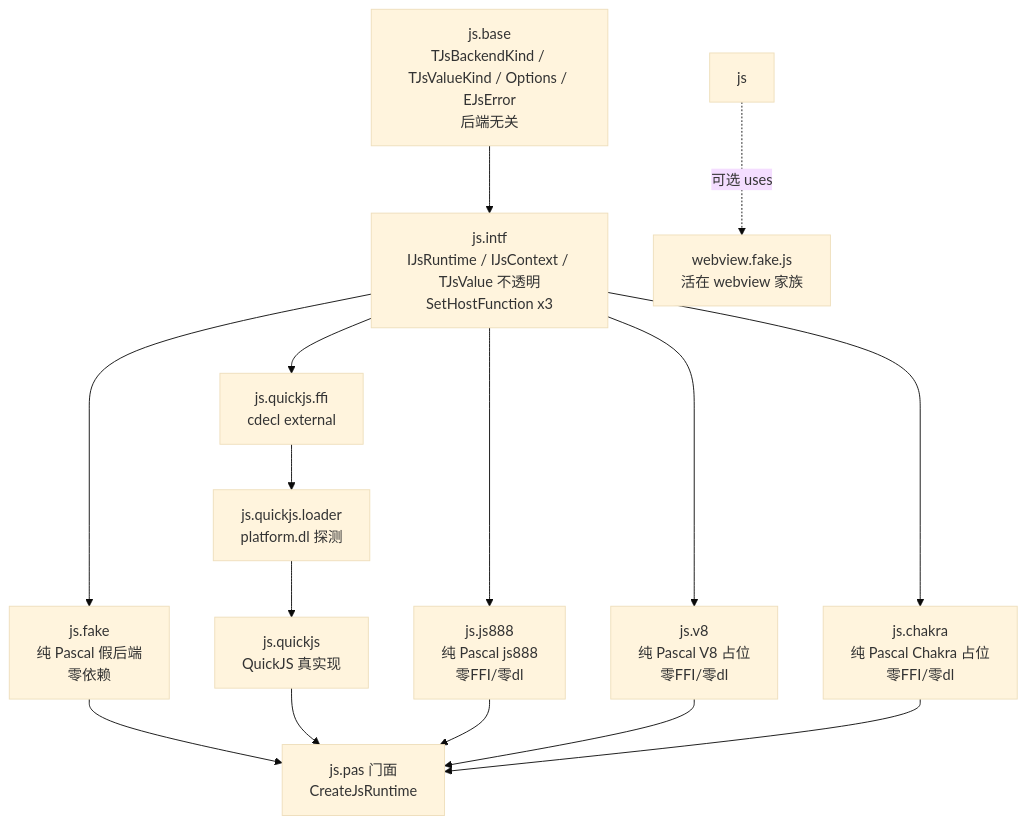
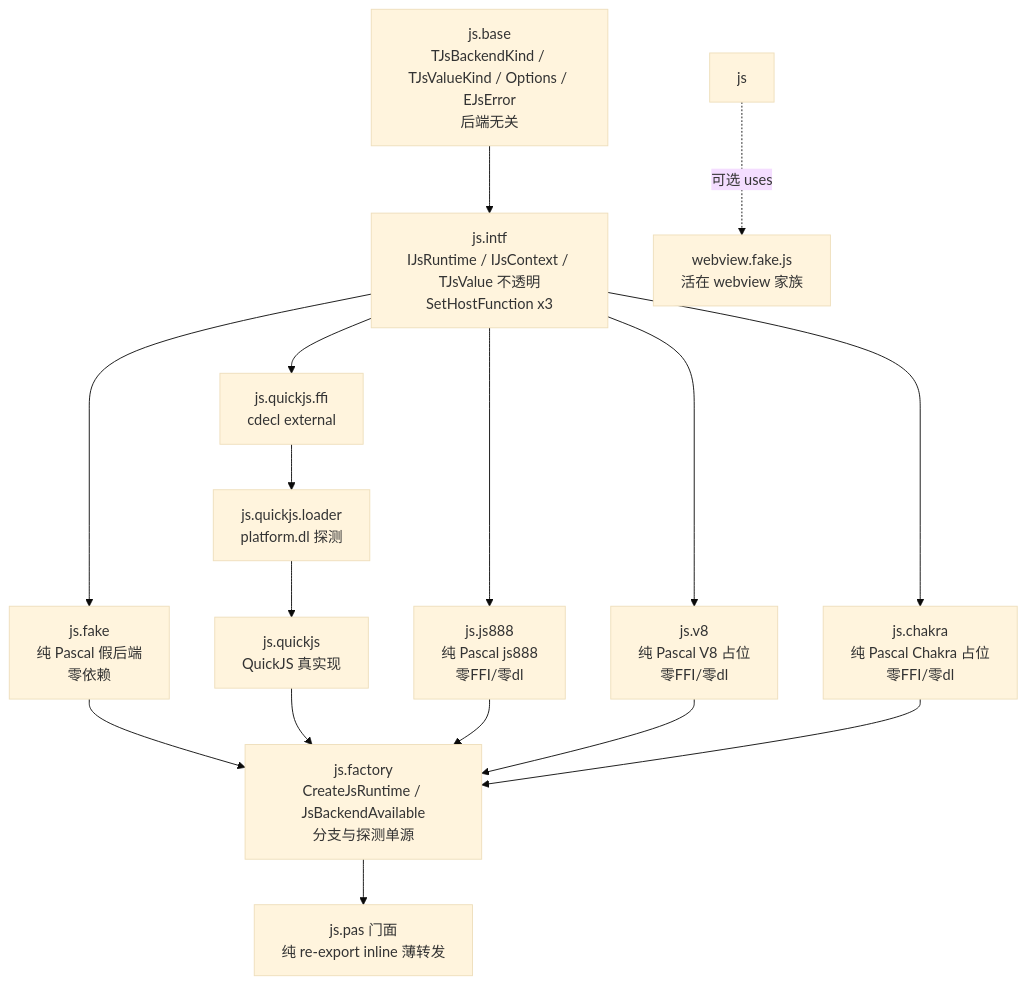
Before and after one commit to dtamade/nextPas: the diagram in core/docs/js/DESIGN.md, drawn with Mermaid (base theme). The commit also changed other lines of this file and 10 other files, not shown here.

````diff
--- a/core/docs/js/DESIGN.md
+++ b/core/docs/js/DESIGN.md
@@ -9,19 +9,20 @@
 ```mermaid
 flowchart TB
   base["js.base<br/>TJsBackendKind / TJsValueKind / Options / EJsError<br/>后端无关"]
   intf["js.intf<br/>IJsRuntime / IJsContext / TJsValue 不透明<br/>SetHostFunction x3"]
   fake["js.fake<br/>纯 Pascal 假后端<br/>零依赖"]
   ffi["js.quickjs.ffi<br/>cdecl external"]
   loader["js.quickjs.loader<br/>platform.dl 探测"]
   impl["js.quickjs<br/>QuickJS 真实现"]
   pure["js.js888<br/>纯 Pascal js888<br/>零FFI/零dl"]
   v8["js.v8<br/>纯 Pascal V8 占位<br/>零FFI/零dl"]
   chakra["js.chakra<br/>纯 Pascal Chakra 占位<br/>零FFI/零dl"]
-  facade["js.pas 门面<br/>CreateJsRuntime"]
-  base --> intf --> fake --> facade
-  intf --> ffi --> loader --> impl --> facade
-  intf --> pure --> facade
-  intf --> v8 --> facade
-  intf --> chakra --> facade
+  factory["js.factory<br/>CreateJsRuntime / JsBackendAvailable<br/>分支与探测单源"]
+  facade["js.pas 门面<br/>纯 re-export inline 薄转发"]
+  base --> intf --> fake --> factory --> facade
+  intf --> ffi --> loader --> impl --> factory
+  intf --> pure --> factory
+  intf --> v8 --> factory
+  intf --> chakra --> factory
   js -. "可选 uses" .-> webview["webview.fake.js<br/>活在 webview 家族"]
 ```
````
